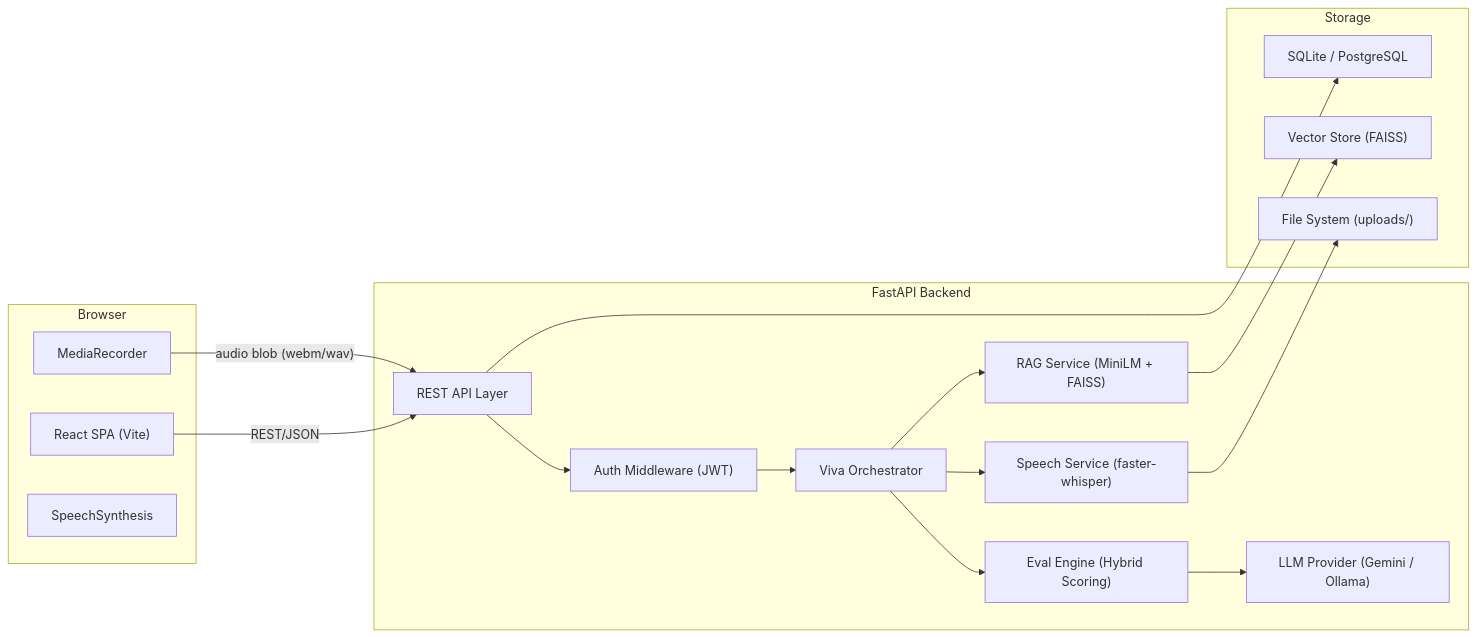
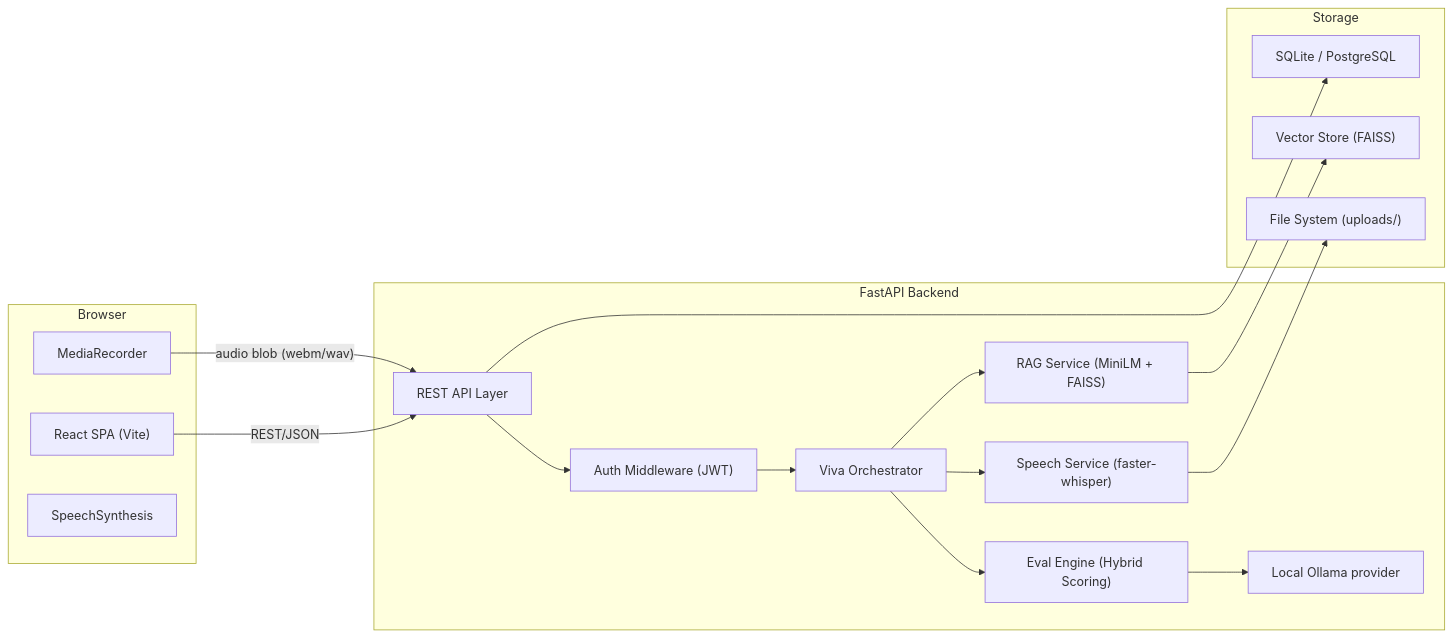
The diagram in README.md (kaws26/Parakh-AI), drawn with Mermaid before and after one commit. The commit also changed other lines of this file and 73 other files, not shown here.

````diff
--- a/README.md
+++ b/README.md
@@ -19,35 +19,35 @@
 ```mermaid
 flowchart LR
     subgraph Browser
         UI["React SPA (Vite)"]
         MR["MediaRecorder"]
         TTS["SpeechSynthesis"]
     end
 
     subgraph "FastAPI Backend"
         API["REST API Layer"]
         AUTH["Auth Middleware (JWT)"]
         ORCH["Viva Orchestrator"]
         SPEECH["Speech Service (faster-whisper)"]
         RAG["RAG Service (MiniLM + FAISS)"]
         EVAL["Eval Engine (Hybrid Scoring)"]
-        LLM["LLM Provider (Gemini / Ollama)"]
+        LLM["Local Ollama provider"]
     end
 
     subgraph Storage
         DB["SQLite / PostgreSQL"]
         VS["Vector Store (FAISS)"]
         FS["File System (uploads/)"]
     end
 
     UI -->|"REST/JSON"| API
     MR -->|"audio blob (webm/wav)"| API
     API --> AUTH --> ORCH
     ORCH --> SPEECH
     ORCH --> RAG
     ORCH --> EVAL
     EVAL --> LLM
     API --> DB
     RAG --> VS
     SPEECH --> FS
 ```
````
